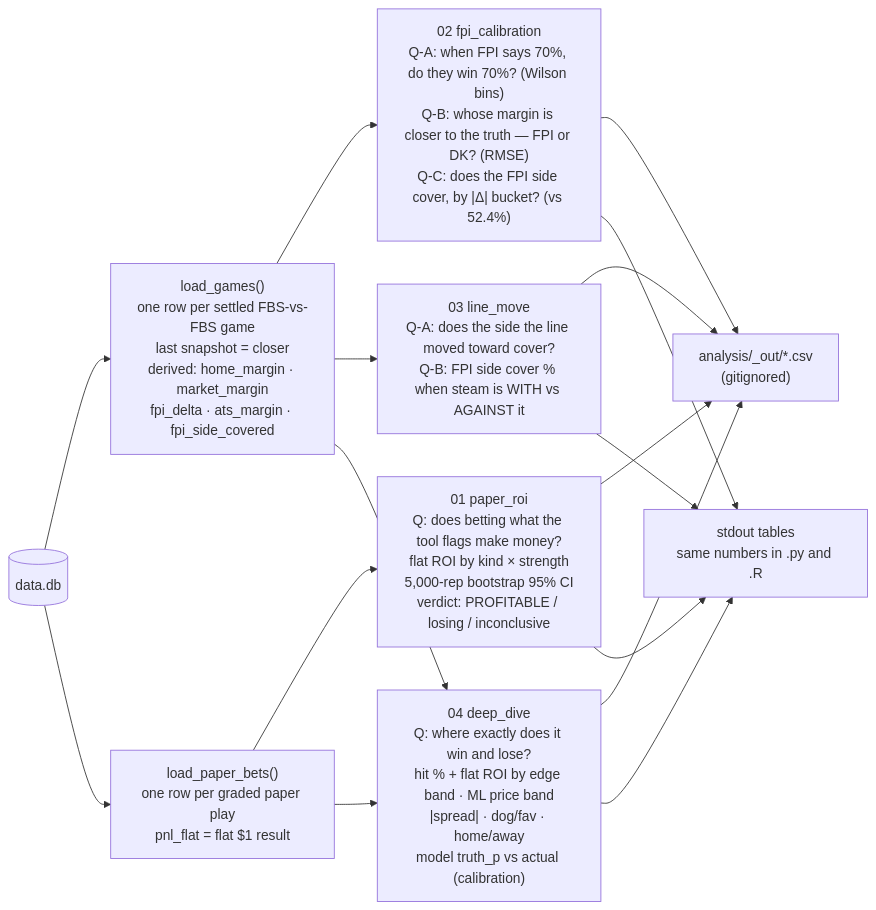
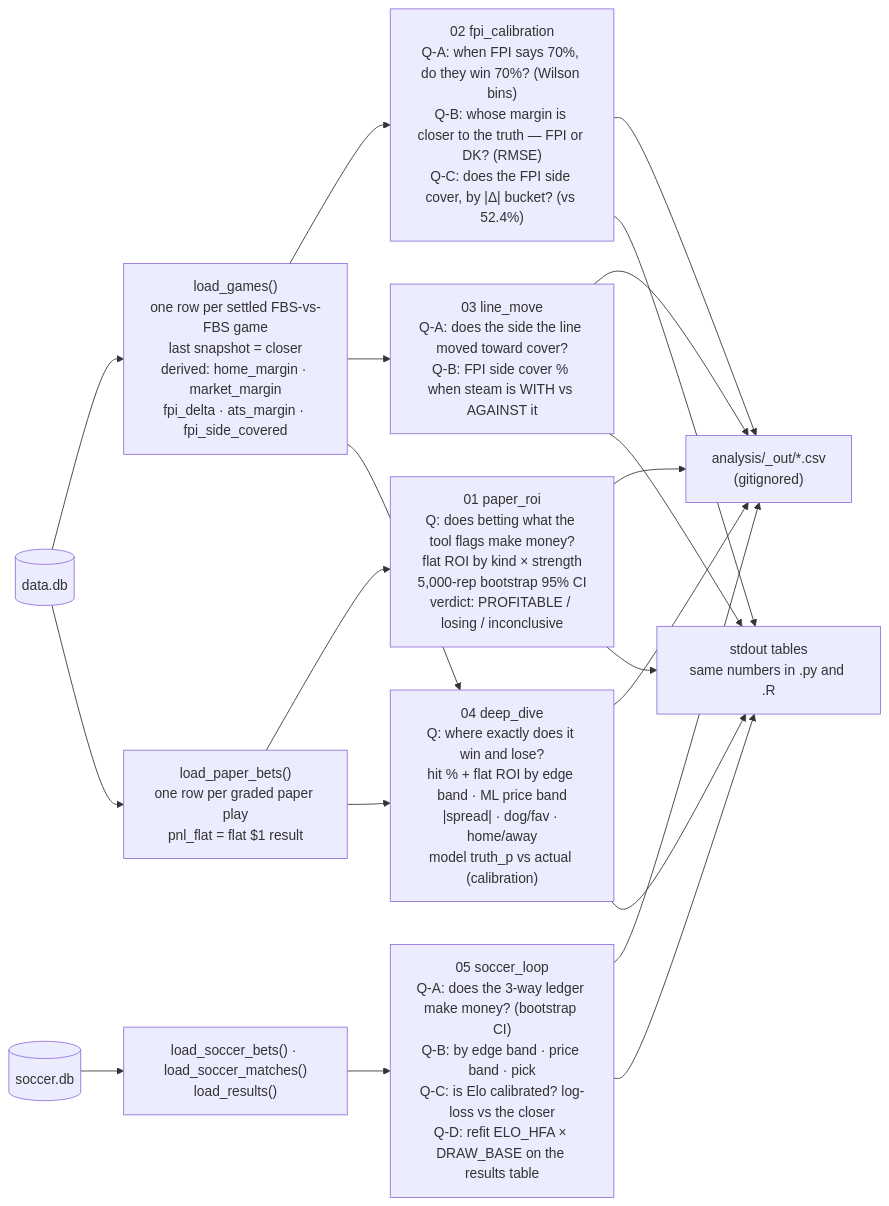
One commit to wbp318/cfb_pro_soccer_2026 changed the third of 13 diagrams in README.md. Above: the diagram before and after it, drawn with Mermaid. The commit also changed other lines of this file and 10 other files, not shown here.

First line of the commit message:
Add analysis/05_soccer: the soccer analysis loop in Python and R

````diff
--- a/README.md
+++ b/README.md
@@ -271,14 +273,16 @@
 ```mermaid
 flowchart LR
     DB[("data.db")] --> LG["load_games()\none row per settled FBS-vs-FBS game\nlast snapshot = closer\nderived: home_margin · market_margin\nfpi_delta · ats_margin · fpi_side_covered"]
     DB --> LB["load_paper_bets()\none row per graded paper play\npnl_flat = flat $1 result"]
 
     LB --> S1["01 paper_roi\nQ: does betting what the tool flags make money?\nflat ROI by kind × strength\n5,000-rep bootstrap 95% CI\nverdict: PROFITABLE / losing / inconclusive"]
     LG --> S2["02 fpi_calibration\nQ-A: when FPI says 70%, do they win 70%? (Wilson bins)\nQ-B: whose margin is closer to the truth — FPI or DK? (RMSE)\nQ-C: does the FPI side cover, by |Δ| bucket? (vs 52.4%)"]
     LG --> S3["03 line_move\nQ-A: does the side the line moved toward cover?\nQ-B: FPI side cover % when steam is WITH vs AGAINST it"]
     LB --> S4["04 deep_dive\nQ: where exactly does it win and lose?\nhit % + flat ROI by edge band · ML price band\n|spread| · dog/fav · home/away\nmodel truth_p vs actual (calibration)"]
     LG --> S4
+    SDB[("soccer.db")] --> LSB["load_soccer_bets() · load_soccer_matches()\nload_results()"]
+    LSB --> S5["05 soccer_loop\nQ-A: does the 3-way ledger make money? (bootstrap CI)\nQ-B: by edge band · price band · pick\nQ-C: is Elo calibrated? log-loss vs the closer\nQ-D: refit ELO_HFA × DRAW_BASE on the results table"]
 
-    S1 & S2 & S3 & S4 --> OUTC["analysis/_out/*.csv\n(gitignored)"]
-    S1 & S2 & S3 & S4 --> STD["stdout tables\nsame numbers in .py and .R"]
+    S1 & S2 & S3 & S4 & S5 --> OUTC["analysis/_out/*.csv\n(gitignored)"]
+    S1 & S2 & S3 & S4 & S5 --> STD["stdout tables\nsame numbers in .py and .R"]
 ```
````
